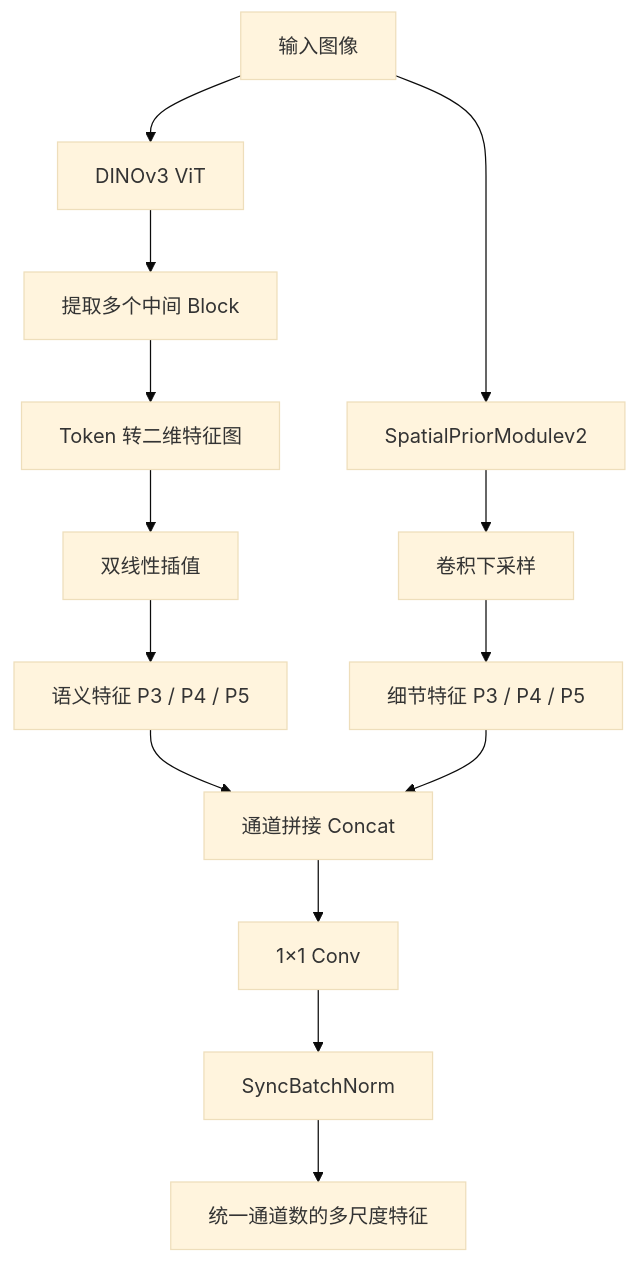
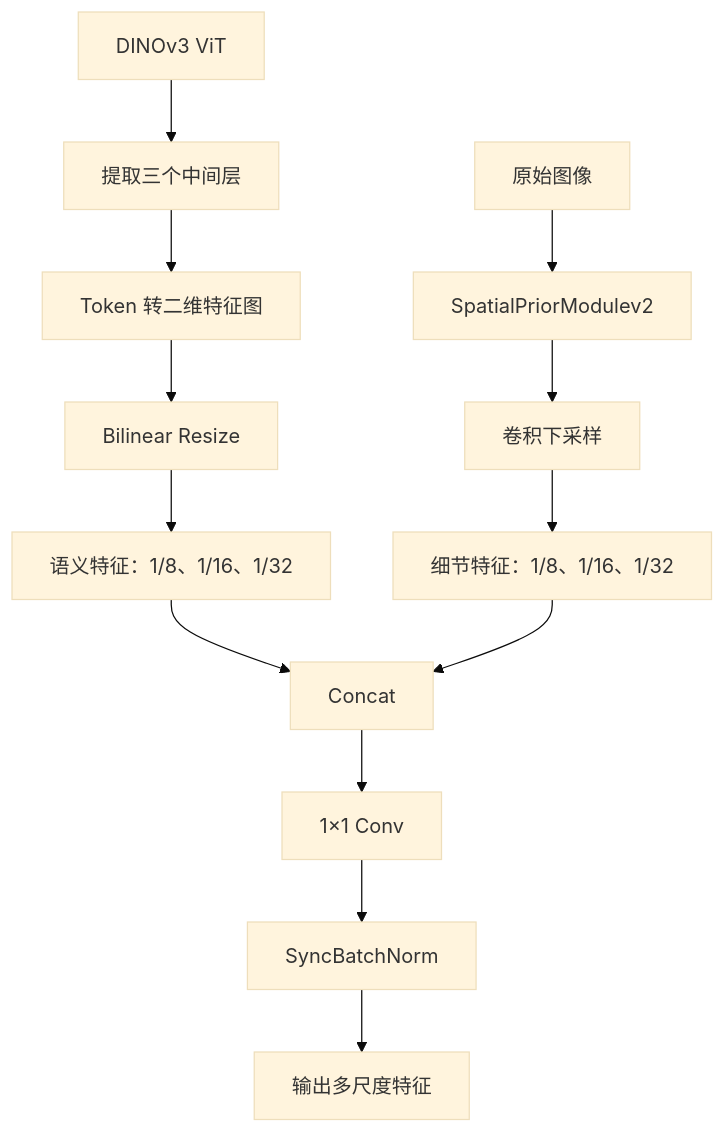
One commit to zhanghuiwan/knowledge-base changed the third of 7 diagrams in website/articles/deimv2/index.md. Above: the diagram before and after it, drawn with Mermaid (base theme). The commit also changed other lines of this file, not shown here.

```diff
--- a/website/articles/deimv2/index.md
+++ b/website/articles/deimv2/index.md
@@ -252,16 +302,15 @@
 ~~~mermaid
 flowchart TD
-    A["输入图像"] --> B["DINOv3 ViT"]
-    B --> C["提取多个中间 Block"]
-    C --> D["Token 转二维特征图"]
-    D --> E["双线性插值"]
-    E --> F["语义特征 P3 / P4 / P5"]
-    A --> G["SpatialPriorModulev2"]
+    A["DINOv3 ViT"] --> B["提取三个中间层"]
+    B --> C["Token 转二维特征图"]
+    C --> D["Bilinear Resize"]
+    D --> E["语义特征：1/8、1/16、1/32"]
+    F["原始图像"] --> G["SpatialPriorModulev2"]
     G --> H["卷积下采样"]
-    H --> I["细节特征 P3 / P4 / P5"]
-    F --> J["通道拼接 Concat"]
+    H --> I["细节特征：1/8、1/16、1/32"]
+    E --> J["Concat"]
     I --> J
     J --> K["1×1 Conv"]
     K --> L["SyncBatchNorm"]
-    L --> M["统一通道数的多尺度特征"]
+    L --> M["输出多尺度特征"]
 ~~~
```
